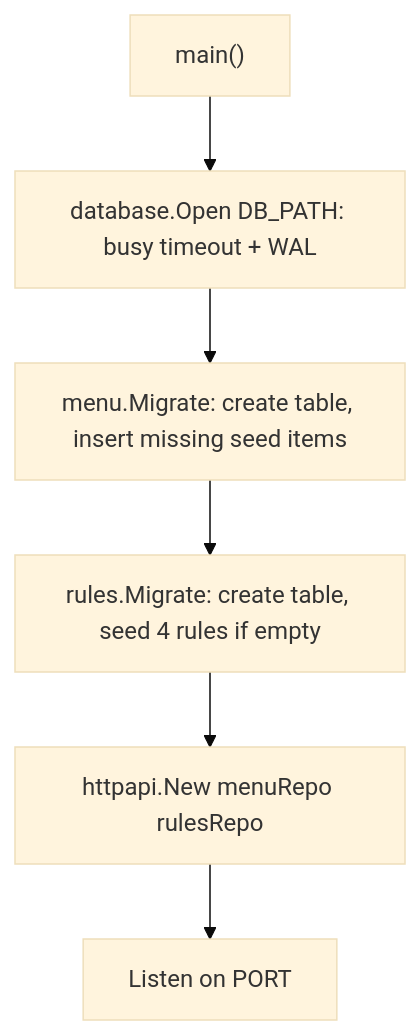
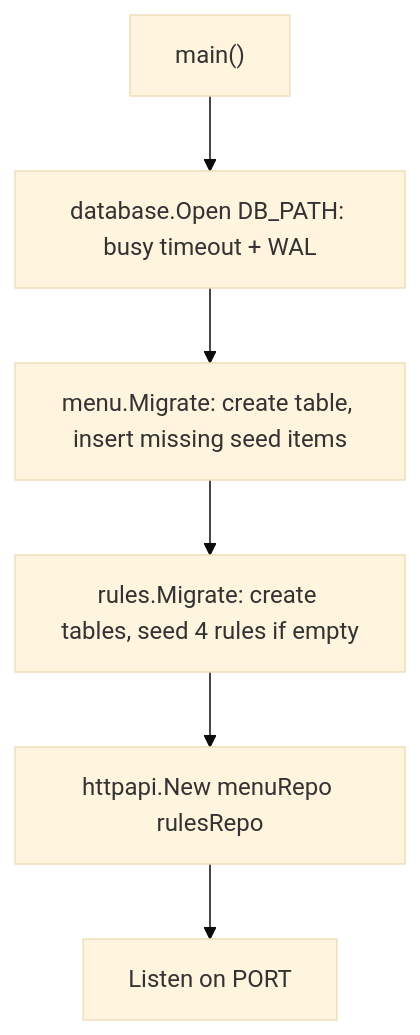
The fifth of 8 diagrams in docs/ARCHITECTURE.md (Gravizz/freshket), drawn with Mermaid (base theme) before and after one commit. The commit also changed other lines of this file and 3 other files, not shown here.

````diff
--- a/docs/ARCHITECTURE.md
+++ b/docs/ARCHITECTURE.md
@@ -171,8 +176,8 @@
 ```mermaid
 flowchart TD
     A["main()"] --> B["database.Open DB_PATH: busy timeout + WAL"]
     B --> C["menu.Migrate: create table, insert missing seed items"]
-    C --> D["rules.Migrate: create table, seed 4 rules if empty"]
+    C --> D["rules.Migrate: create tables, seed 4 rules if empty"]
     D --> E["httpapi.New menuRepo rulesRepo"]
     E --> F["Listen on PORT"]
 ```
````
